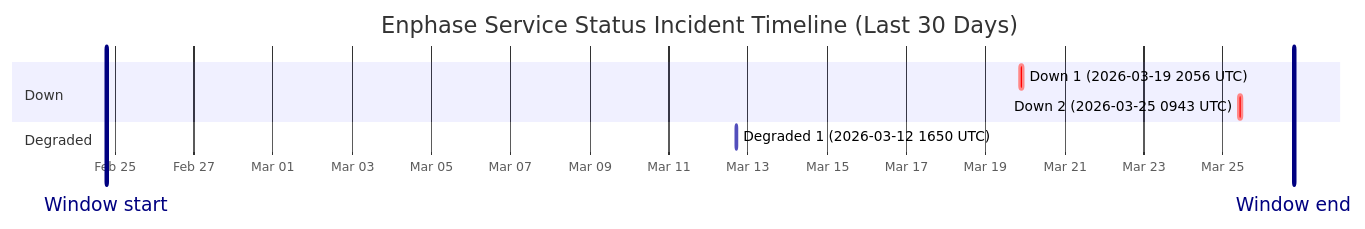
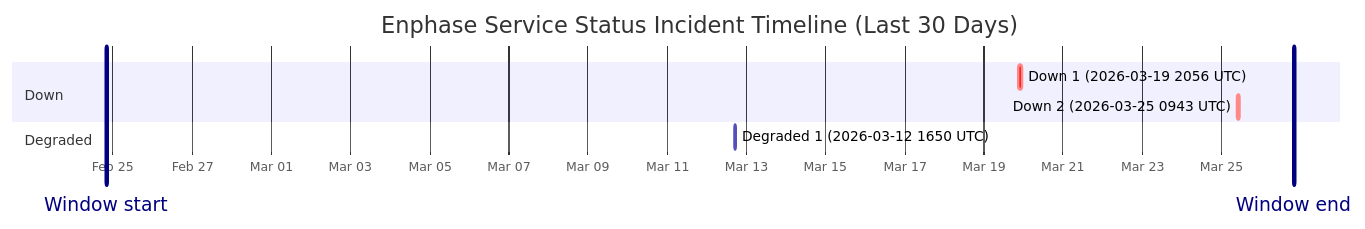
Before and after one commit to barneyonline/ha-enphase-ev-charger: the diagram in wiki/Service-Status-History.md, drawn with Mermaid. The commit also changed other lines of this file and 3 other files, not shown here.

````diff
--- a/wiki/Service-Status-History.md
+++ b/wiki/Service-Status-History.md
@@ -14,13 +14,13 @@
 ```mermaid
 gantt
     title Enphase Service Status Incident Timeline (Last 30 Days)
     dateFormat  YYYY-MM-DDTHH:mm:ss
     axisFormat  %b %d
-    Window start :vert, window-start, 2026-02-24T18:53:16, 0ms
-    Window end :vert, window-end, 2026-03-26T18:53:16, 0ms
+    Window start :vert, window-start, 2026-02-24T19:50:39, 0ms
+    Window end :vert, window-end, 2026-03-26T19:50:39, 0ms
     section Down
     Down 1 (2026-03-19 2056 UTC) :crit, down-1, 2026-03-19T20:56:20, 145m
     Down 2 (2026-03-25 0943 UTC) :crit, down-2, 2026-03-25T09:43:28, 111m
     section Degraded
     Degraded 1 (2026-03-12 1650 UTC) :active, degraded-1, 2026-03-12T16:50:43, 60m
 ```
````
